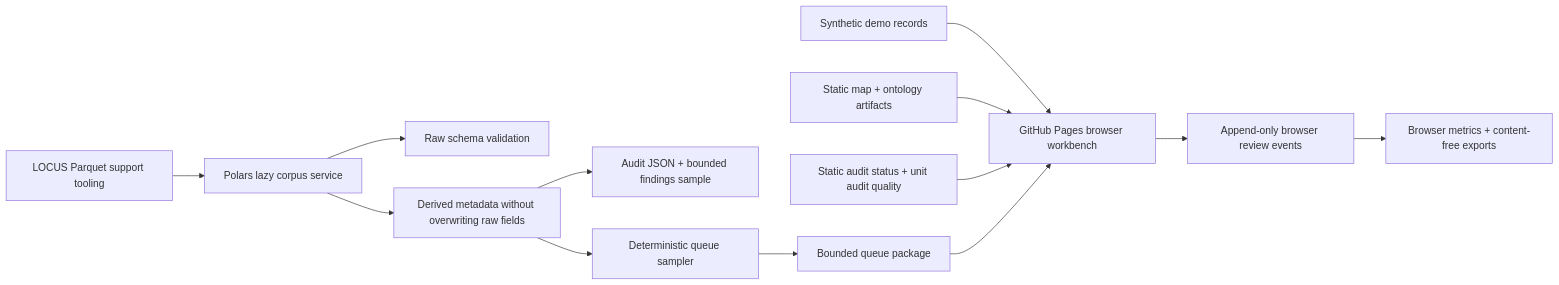
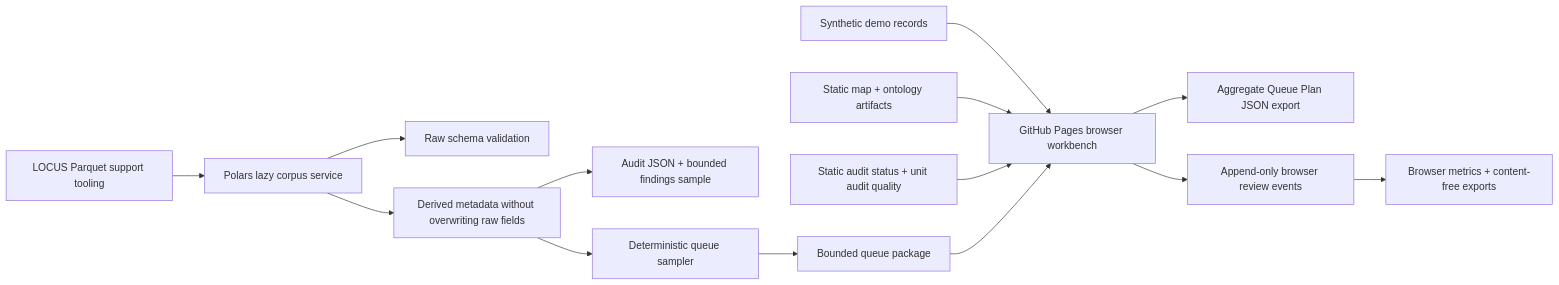
One commit to evcatalyst/evolocus changed the diagram in docs/local-law-analytics-platform.md. Above: the diagram before and after it, drawn with Mermaid. The commit also changed other lines of this file and 11 other files, not shown here.

Commit message:
feat: add aggregate queue planner

````diff
--- a/docs/local-law-analytics-platform.md
+++ b/docs/local-law-analytics-platform.md
@@ -49,15 +49,16 @@
 ```mermaid
 flowchart LR
   A["LOCUS Parquet support tooling"] --> B["Polars lazy corpus service"]
   B --> C["Raw schema validation"]
   B --> D["Derived metadata without overwriting raw fields"]
   D --> E["Audit JSON + bounded findings sample"]
   D --> F["Deterministic queue sampler"]
   F --> G["Bounded queue package"]
   H["Synthetic demo records"] --> I["GitHub Pages browser workbench"]
   L["Static map + ontology artifacts"] --> I
   M["Static audit status + unit audit quality"] --> I
+  I --> Q["Aggregate Queue Plan JSON export"]
   G --> I
   I --> J["Append-only browser review events"]
   J --> K["Browser metrics + content-free exports"]
 ```
````
